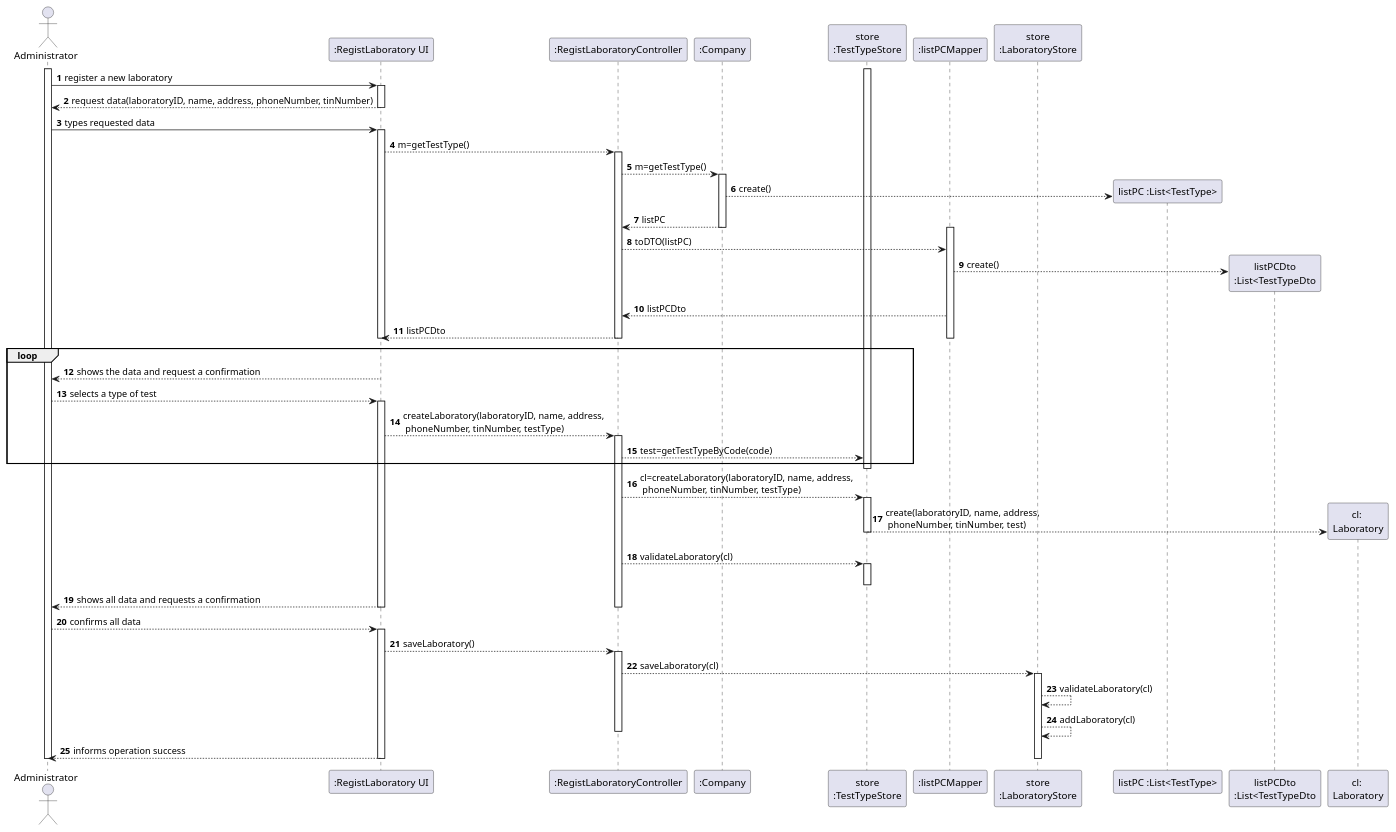
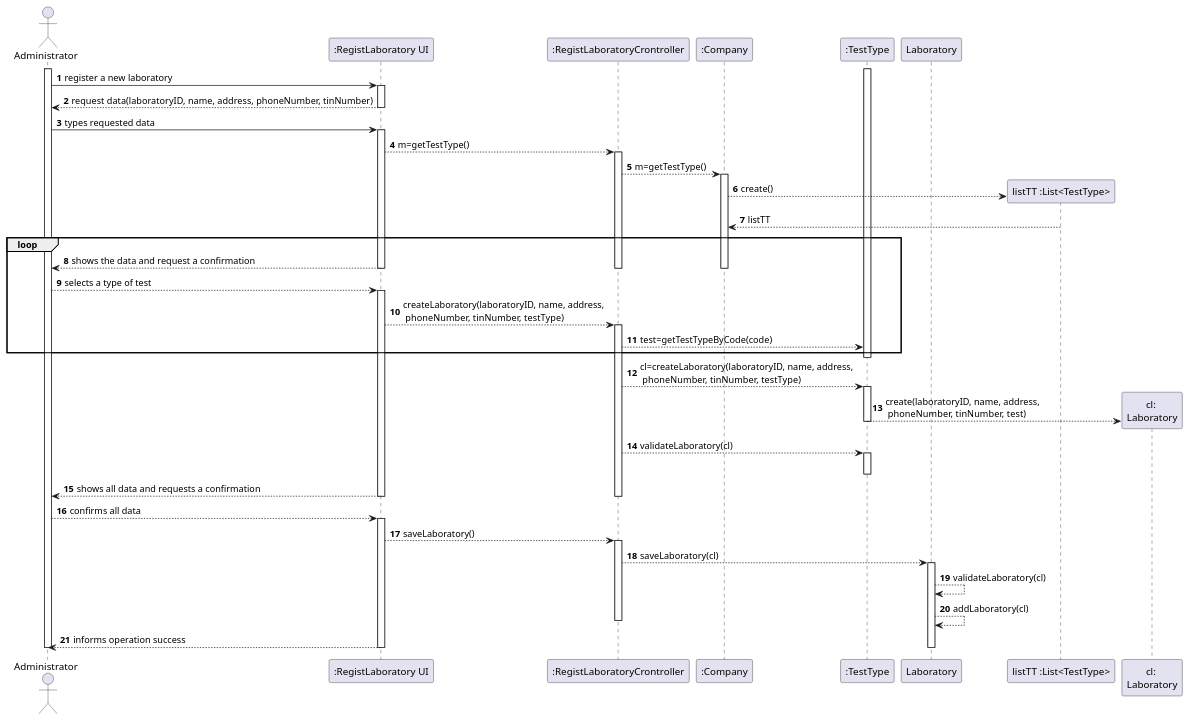
One commit to Pedromaia26/LAPR2-ISEP changed the diagram in docs/SprintC/US8_RegisterLaboratory/US008_SD.puml. Above: the diagram before and after it, drawn with PlantUML.

Commit message:
US008 Sequence Diagram update without dto

```diff
--- a/docs/SprintC/US8_RegisterLaboratory/US008_SD.puml
+++ b/docs/SprintC/US8_RegisterLaboratory/US008_SD.puml
@@ -1,79 +1,68 @@
 @startuml
 actor Administrator as Adm
 participant ":RegistLaboratory UI" as System
-participant ":RegistLaboratoryController" as RLC
+participant ":RegistLaboratoryCrontroller" as RLC
 participant ":Company" as ML
-participant "store\n:TestTypeStore" as tt
-participant ":listPCMapper" as lpc
-participant "store\n:LaboratoryStore" as lab
+participant ":TestType" as tt
+participant "Laboratory" as lab
 
 
 autonumber
 activate Adm
 Adm -> System: register a new laboratory
 activate System
 System --> Adm: request data(laboratoryID, name, address, phoneNumber, tinNumber)
 deactivate System
 
 
 
 
 Adm -> System: types requested data
 activate System
 System-->RLC: m=getTestType()
 activate RLC
 RLC-->ML: m=getTestType()
 activate ML
-create "listPC :List<TestType>" as listpc
-ML --> listpc: create()
-ML --> RLC: listPC
+create "listTT :List<TestType>" as listtt
+ML --> listtt: create()
+listtt --> ML: listTT
+
+
+loop
+System --> Adm: shows the data and request a confirmation
 deactivate ML
-activate lpc
-RLC --> lpc: toDTO(listPC)
-create "listPCDto\n:List<TestTypeDto" as lpcdt
-lpc --> lpcdt: create()
-lpc --> RLC: listPCDto
-RLC --> System: listPCDto
-deactivate lpc
 deactivate RLC
 deactivate System
-
-loop
-
-System --> Adm: shows the data and request a confirmation
 Adm --> System: selects a type of test
 activate System
 System --> RLC: createLaboratory(laboratoryID, name, address, \n phoneNumber, tinNumber, testType)
 activate RLC
 RLC --> tt: test=getTestTypeByCode(code)
-
 end
-
 activate tt
 deactivate tt
 RLC --> tt: cl=createLaboratory(laboratoryID, name, address, \n phoneNumber, tinNumber, testType)
 activate tt
 create "cl: \nLaboratory" as CL
 tt --> CL: create(laboratoryID, name, address, \n phoneNumber, tinNumber, test)
 deactivate tt
 RLC --> tt: validateLaboratory(cl)
 activate tt
 deactivate tt
 System --> Adm: shows all data and requests a confirmation
 deactivate RLC
 deactivate System
-
 Adm --> System: confirms all data
 activate System
 System --> RLC: saveLaboratory()
 activate RLC
 RLC --> lab: saveLaboratory(cl)
 activate lab
 lab --> lab: validateLaboratory(cl)
 lab --> lab: addLaboratory(cl)
 deactivate RLC
 System --> Adm: informs operation success
 deactivate lab
 deactivate System
 deactivate Adm
 @enduml
```
